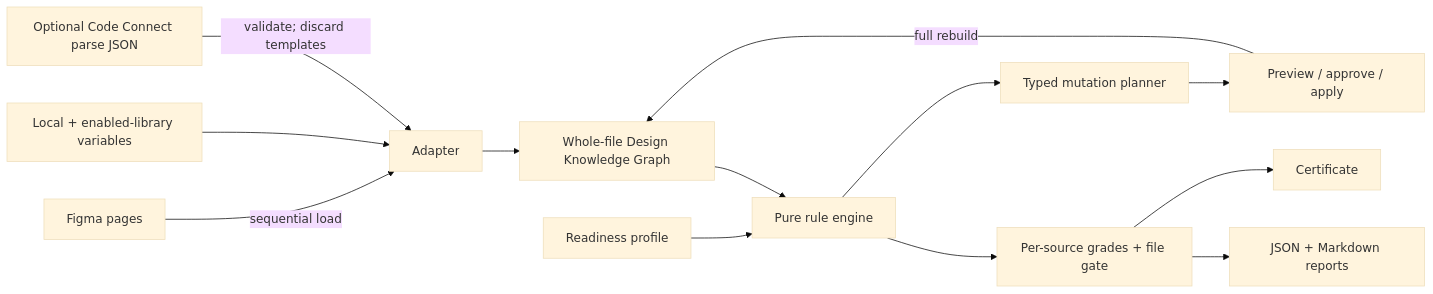
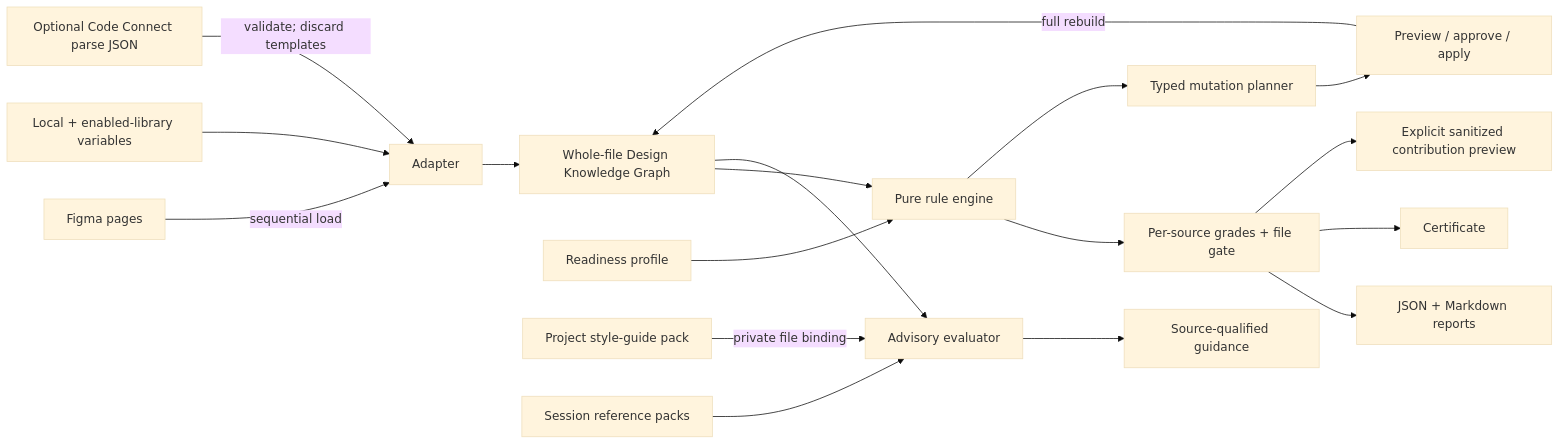
Before and after one commit to JFusco/design-passport: the diagram in docs/architecture.md, drawn with Mermaid (base theme). The commit also changed other lines of this file and 59 other files, not shown here.

````diff
--- a/docs/architecture.md
+++ b/docs/architecture.md
@@ -7,15 +7,20 @@
 ```mermaid
 flowchart LR
   A[Figma pages] -->|sequential load| B[Adapter]
   V[Local + enabled-library variables] --> B
   C[Optional Code Connect parse JSON] -->|validate; discard templates| B
   B --> K[Whole-file Design Knowledge Graph]
   K --> R[Pure rule engine]
   P[Readiness profile] --> R
   R --> G[Per-source grades + file gate]
   R --> M[Typed mutation planner]
   M --> F[Preview / approve / apply]
   F -->|full rebuild| K
   G --> E[JSON + Markdown reports]
   G --> X[Certificate]
+  S[Project style-guide pack] -->|private file binding| A1[Advisory evaluator]
+  O[Session reference packs] --> A1
+  K --> A1
+  A1 --> U[Source-qualified guidance]
+  G --> L[Explicit sanitized contribution preview]
 ```
````
